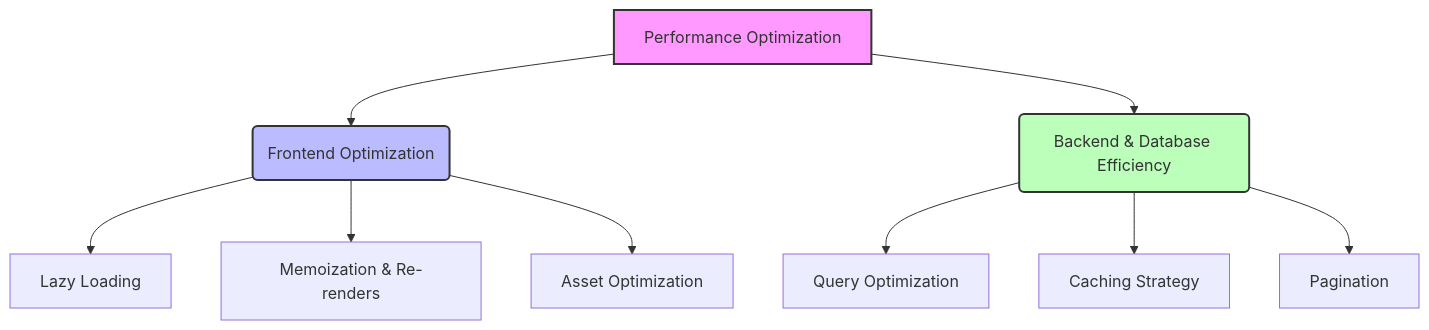
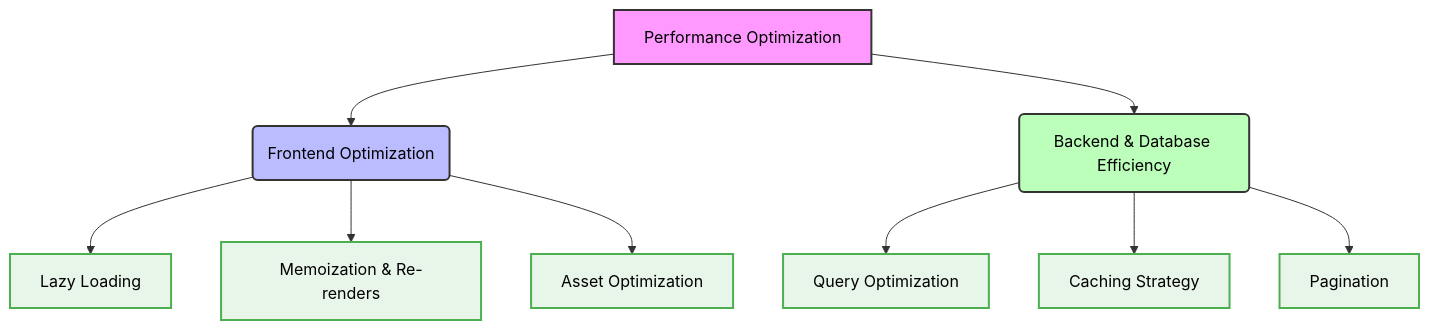
The diagram in .jules/rules/performance.md (beginwebdev2002/best-practise), drawn with Mermaid before and after one commit. The commit also changed 20 other files, not shown here.

First line of the commit message:
docs: update mermaid diagrams with UI/UX design tokens styling

````diff
--- a/.jules/rules/performance.md
+++ b/.jules/rules/performance.md
@@ -23,17 +23,29 @@
 ```mermaid
 graph TD
     A[Performance Optimization] --> B(Frontend Optimization)
     A --> C(Backend & Database Efficiency)
 
     B --> B1[Lazy Loading]
     B --> B2[Memoization & Re-renders]
     B --> B3[Asset Optimization]
 
     C --> C1[Query Optimization]
     C --> C2[Caching Strategy]
     C --> C3[Pagination]
 
     style A fill:#f9f,stroke:#333,stroke-width:2px
     style B fill:#bbf,stroke:#333,stroke-width:2px
     style C fill:#bfb,stroke:#333,stroke-width:2px
+    %% Added Design Token Styles for Mermaid Diagrams
+    classDef default fill:#e1f5fe,stroke:#03a9f4,stroke-width:2px,color:#000;
+    classDef component fill:#e8f5e9,stroke:#4caf50,stroke-width:2px,color:#000;
+    classDef layout fill:#f3e5f5,stroke:#9c27b0,stroke-width:2px,color:#000;
+
+    class B1 component;
+    class C1 component;
+    class B3 component;
+    class C3 component;
+    class C2 component;
+    class B2 component;
+
 ```
````
